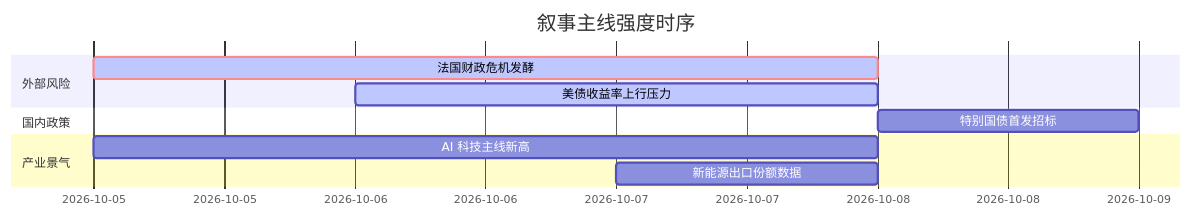
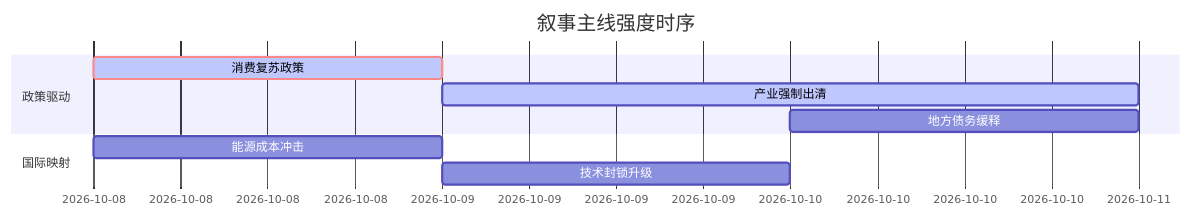
One commit to uu5zn/uu5zn.github.io changed the diagram in 5day_report.md. Above: the diagram before and after it, drawn with Mermaid. The commit also changed other lines of this file and 23 other files, not shown here.

````diff
--- a/5day_report.md
+++ b/5day_report.md
@@ -56,15 +56,13 @@
 ```mermaid
 gantt
     title 叙事主线强度时序
     dateFormat  YYYY-MM-DD
-    section 外部风险
-    法国财政危机发酵   :crit, active, 2026-10-05, 3d
-    美债收益率上行压力 :active, 2026-10-06, 2d
+    section 政策驱动
+    消费复苏政策   :crit, active, 2026-10-08, 1d
+    产业强制出清   :active, 2026-10-09, 2d
+    地方债务缓释   :2026-10-10, 1d
     
-    section 国内政策
-    特别国债首发招标   :2026-10-08, 1d
-    
-    section 产业景气
-    AI 科技主线新高    :2026-10-05, 3d
-    新能源出口份额数据 :2026-10-07, 1d
+    section 国际映射
+    能源成本冲击   :2026-10-08, 1d
+    技术封锁升级   :2026-10-09, 1d
 ```
````
